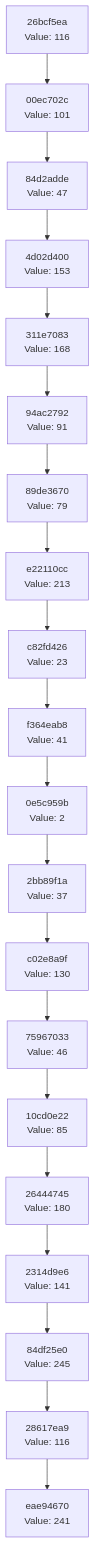
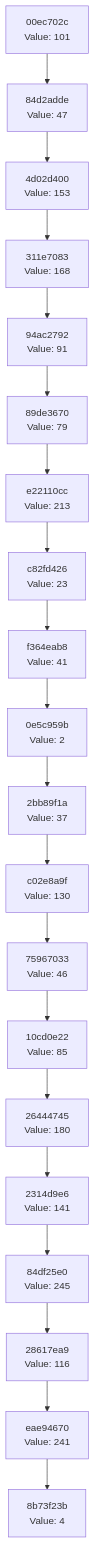
Before and after one commit to Abhisheksinha1506/hash-chain-evolver: the diagram in docs/CHAIN_VISUALIZATION.md, drawn with Mermaid. The commit also changed 3 other files, not shown here.

````diff
--- a/docs/CHAIN_VISUALIZATION.md
+++ b/docs/CHAIN_VISUALIZATION.md
@@ -3,42 +3,42 @@
 ```mermaid
 graph TD
-    C0["eae94670<br/>Value: 241"]
-    C1["28617ea9<br/>Value: 116"]
+    C0["8b73f23b<br/>Value: 4"]
+    C1["eae94670<br/>Value: 241"]
     C1 --> C0
-    C2["84df25e0<br/>Value: 245"]
+    C2["28617ea9<br/>Value: 116"]
     C2 --> C1
-    C3["2314d9e6<br/>Value: 141"]
+    C3["84df25e0<br/>Value: 245"]
     C3 --> C2
-    C4["26444745<br/>Value: 180"]
+    C4["2314d9e6<br/>Value: 141"]
     C4 --> C3
-    C5["10cd0e22<br/>Value: 85"]
+    C5["26444745<br/>Value: 180"]
     C5 --> C4
-    C6["75967033<br/>Value: 46"]
+    C6["10cd0e22<br/>Value: 85"]
     C6 --> C5
-    C7["c02e8a9f<br/>Value: 130"]
+    C7["75967033<br/>Value: 46"]
     C7 --> C6
-    C8["2bb89f1a<br/>Value: 37"]
+    C8["c02e8a9f<br/>Value: 130"]
     C8 --> C7
-    C9["0e5c959b<br/>Value: 2"]
+    C9["2bb89f1a<br/>Value: 37"]
     C9 --> C8
-    C10["f364eab8<br/>Value: 41"]
+    C10["0e5c959b<br/>Value: 2"]
     C10 --> C9
-    C11["c82fd426<br/>Value: 23"]
+    C11["f364eab8<br/>Value: 41"]
     C11 --> C10
-    C12["e22110cc<br/>Value: 213"]
+    C12["c82fd426<br/>Value: 23"]
     C12 --> C11
-    C13["89de3670<br/>Value: 79"]
+    C13["e22110cc<br/>Value: 213"]
     C13 --> C12
-    C14["94ac2792<br/>Value: 91"]
+    C14["89de3670<br/>Value: 79"]
     C14 --> C13
-    C15["311e7083<br/>Value: 168"]
+    C15["94ac2792<br/>Value: 91"]
     C15 --> C14
-    C16["4d02d400<br/>Value: 153"]
+    C16["311e7083<br/>Value: 168"]
     C16 --> C15
-    C17["84d2adde<br/>Value: 47"]
+    C17["4d02d400<br/>Value: 153"]
     C17 --> C16
-    C18["00ec702c<br/>Value: 101"]
+    C18["84d2adde<br/>Value: 47"]
     C18 --> C17
-    C19["26bcf5ea<br/>Value: 116"]
+    C19["00ec702c<br/>Value: 101"]
     C19 --> C18
 ```
````
